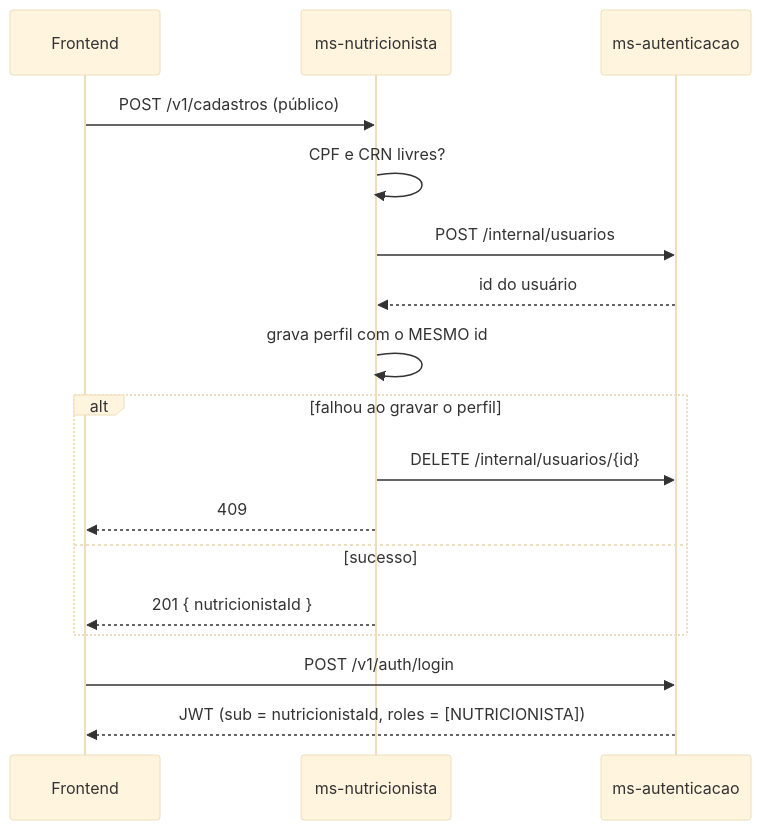
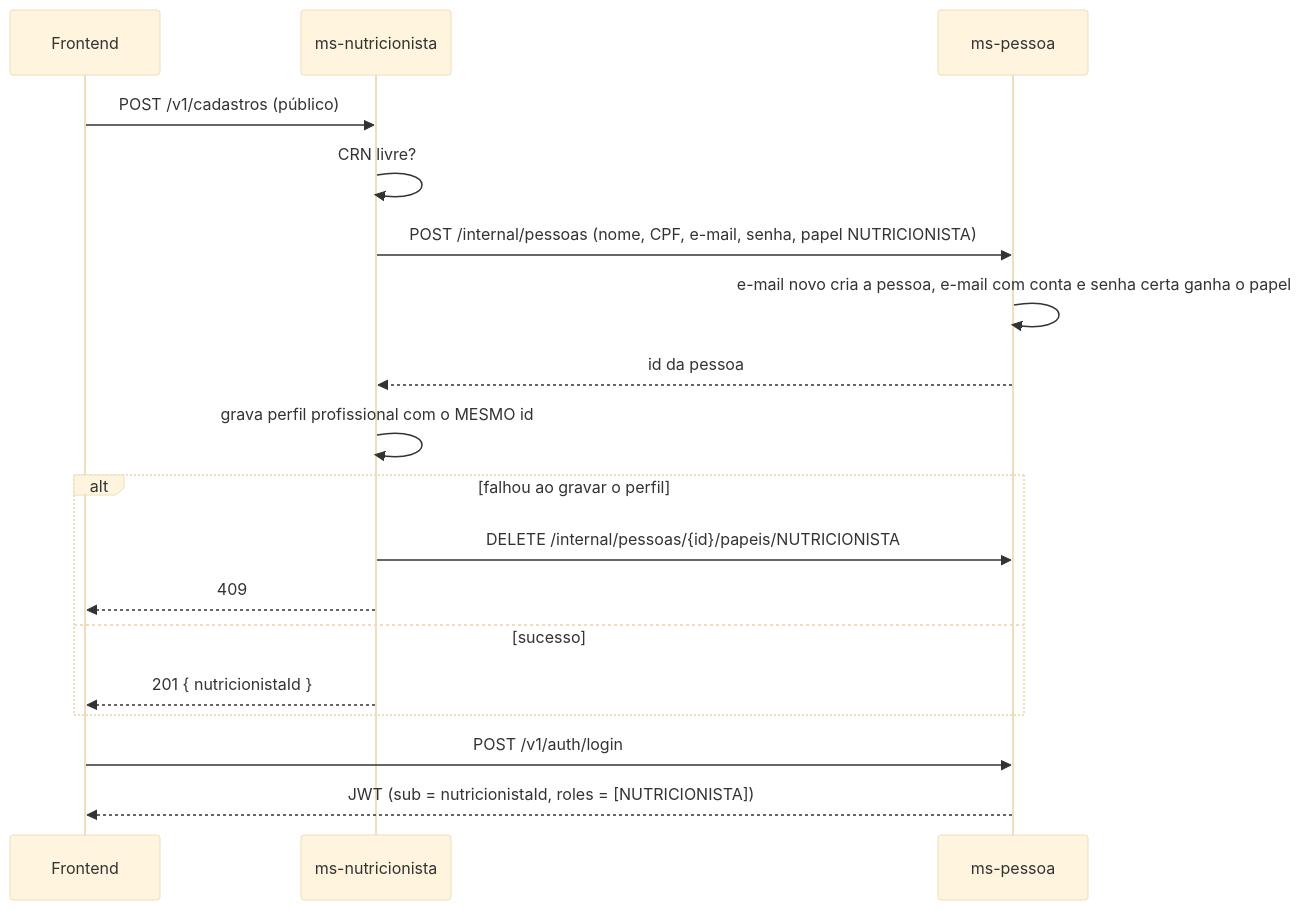
One commit to AFITCENTER/AFitCenter changed the third of 6 diagrams in docs/ARQUITETURA.md. Above: the diagram before and after it, drawn with Mermaid (base theme). The commit also changed other lines of this file and 4 other files, not shown here.

````diff
--- a/docs/ARQUITETURA.md
+++ b/docs/ARQUITETURA.md
@@ -181,19 +186,20 @@
 ```mermaid
 sequenceDiagram
     participant F as Frontend
     participant N as ms-nutricionista
-    participant A as ms-autenticacao
+    participant P as ms-pessoa
     F->>N: POST /v1/cadastros (público)
-    N->>N: CPF e CRN livres?
-    N->>A: POST /internal/usuarios
-    A-->>N: id do usuário
-    N->>N: grava perfil com o MESMO id
+    N->>N: CRN livre?
+    N->>P: POST /internal/pessoas (nome, CPF, e-mail, senha, papel NUTRICIONISTA)
+    P->>P: e-mail novo cria a pessoa, e-mail com conta e senha certa ganha o papel
+    P-->>N: id da pessoa
+    N->>N: grava perfil profissional com o MESMO id
     alt falhou ao gravar o perfil
-        N->>A: DELETE /internal/usuarios/{id}
+        N->>P: DELETE /internal/pessoas/{id}/papeis/NUTRICIONISTA
         N-->>F: 409
     else sucesso
         N-->>F: 201 { nutricionistaId }
     end
-    F->>A: POST /v1/auth/login
-    A-->>F: JWT (sub = nutricionistaId, roles = [NUTRICIONISTA])
+    F->>P: POST /v1/auth/login
+    P-->>F: JWT (sub = nutricionistaId, roles = [NUTRICIONISTA])
 ```
````
